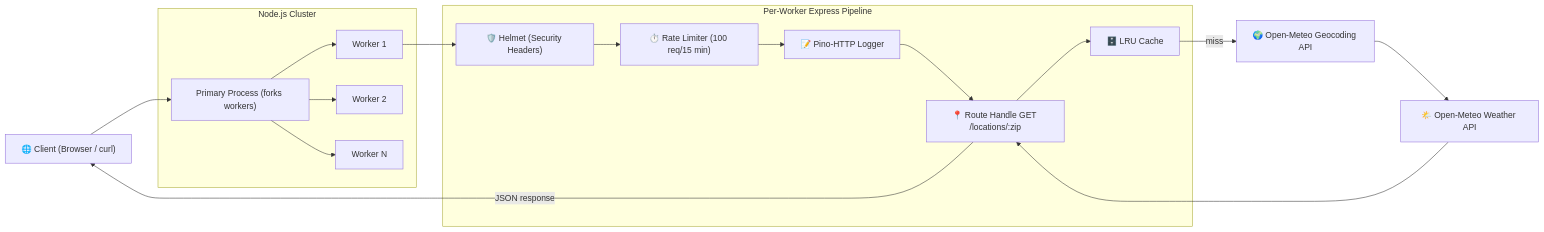
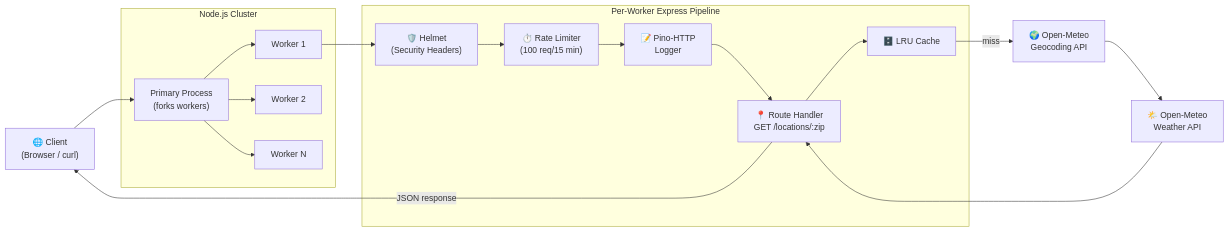
One commit to Arnav2525/cyber-range-weather-api changed the diagram in README.md. Above: the diagram before and after it, drawn with Mermaid.

Commit message:
Update Mermaid diagram for improved readability

````diff
--- a/README.md
+++ b/README.md
@@ -1,34 +1,34 @@
 ```mermaid
 flowchart LR
-  Client["🌐 Client (Browser / curl)"]
+  Client["🌐 Client<br>(Browser / curl)"]
 
   subgraph Cluster["Node.js Cluster"]
-    Primary["Primary Process (forks workers)"]
+    Primary["Primary Process<br>(forks workers)"]
     W1["Worker 1"]
     W2["Worker 2"]
     WN["Worker N"]
   end
 
   subgraph Pipeline["Per-Worker Express Pipeline"]
-    Helmet["🛡️ Helmet (Security Headers)"]
-    RateLimit["⏱️ Rate Limiter (100 req/15 min)"]
-    Logger["📝 Pino-HTTP Logger"]
-    Handler["📍 Route Handle GET /locations/:zip"]
+    Helmet["🛡️ Helmet<br>(Security Headers)"]
+    RateLimit["⏱️ Rate Limiter<br>(100 req/15 min)"]
+    Logger["📝 Pino-HTTP<br>Logger"]
+    Handler["📍 Route Handler<br>GET /locations/:zip"]
     Cache["🗄️ LRU Cache"]
   end
 
-  GeoAPI["🌍 Open-Meteo Geocoding API"]
-  WeatherAPI["🌤️ Open-Meteo Weather API"]
+  GeoAPI["🌍 Open-Meteo<br>Geocoding API"]
+  WeatherAPI["🌤️ Open-Meteo<br>Weather API"]
 
   Client --> Primary
   Primary --> W1 & W2 & WN
   W1 --> Helmet
   Helmet --> RateLimit
   RateLimit --> Logger
   Logger --> Handler
   Handler --> Cache
   Cache -->|miss| GeoAPI
   GeoAPI --> WeatherAPI
   WeatherAPI --> Handler
   Handler -->|JSON response| Client
 ```
````
